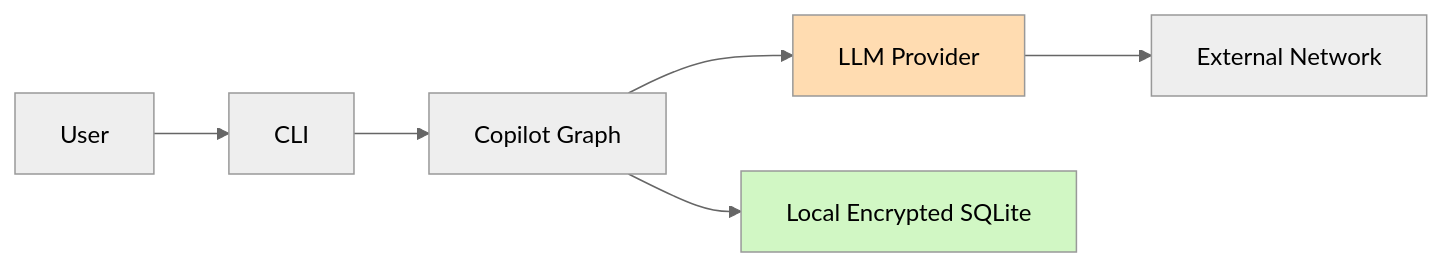
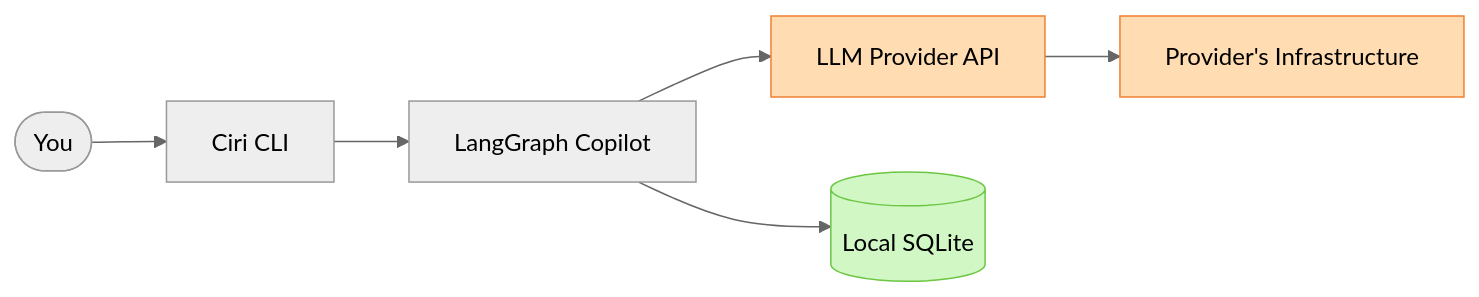
The diagram in docs-site/docs/security.md (adimis-ai/ciri-cli), drawn with Mermaid (neutral theme) before and after one commit. The commit also changed other lines of this file and 28 other files, not shown here.

````diff
--- a/docs-site/docs/security.md
+++ b/docs-site/docs/security.md
@@ -15,10 +26,12 @@
 ```mermaid
 flowchart LR
-  User-->CLI[CLI]
-  CLI-->Copilot[Copilot Graph]
-  Copilot-->Provider[LLM Provider]
-  Copilot-->LocalDB[Local Encrypted SQLite]
-  Provider-->ExternalNet[External Network]
-  style LocalDB fill:#d1f7c4
-  style Provider fill:#ffdcb1
+  User([You]) --> CLI[Ciri CLI]
+  CLI --> Graph[LangGraph Copilot]
+  Graph --> Provider[LLM Provider API]
+  Graph --> LocalDB[(Local SQLite)]
+  Provider --> ExtNet[Provider's Infrastructure]
+
+  style LocalDB fill:#d1f7c4,stroke:#6cc644
+  style Provider fill:#ffdcb1,stroke:#f08030
+  style ExtNet fill:#ffdcb1,stroke:#f08030
 ```
````
